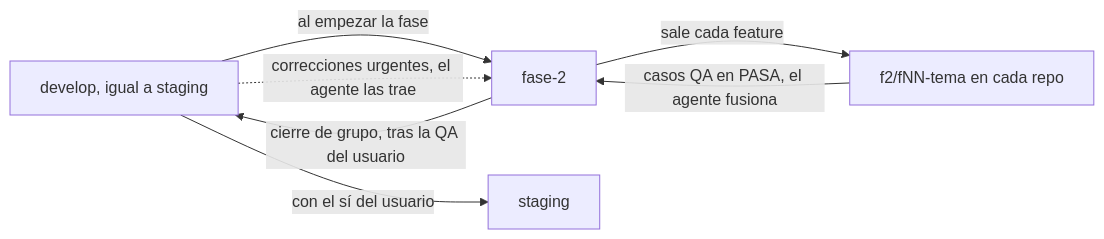
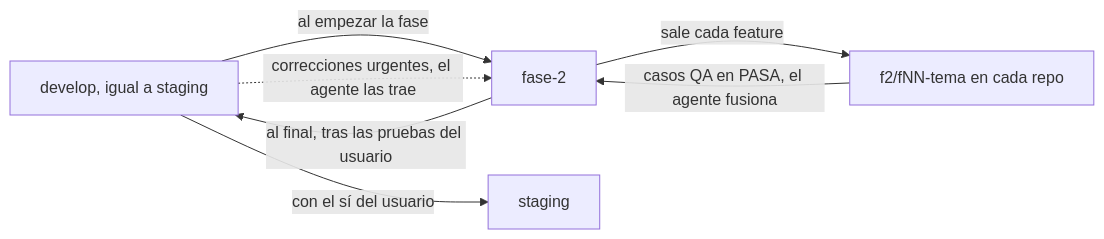
One commit to capb90/doc-wms changed the second of 2 diagrams in planes/sprint-11/plan-maestro-implementacion-fase-2-2026-11-20.md. Above: the diagram before and after it, drawn with Mermaid. The commit also changed other lines of this file and 4 other files, not shown here.

````diff
--- a/planes/sprint-11/plan-maestro-implementacion-fase-2-2026-11-20.md
+++ b/planes/sprint-11/plan-maestro-implementacion-fase-2-2026-11-20.md
@@ -364,9 +355,9 @@
 ```mermaid
 flowchart LR
   DEV["develop, igual a staging"] -->|"al empezar la fase"| F2["fase-2"]
   F2 -->|"sale cada feature"| FB["f2/fNN-tema en cada repo"]
   FB -->|"casos QA en PASA, el agente fusiona"| F2
   DEV -.->|"correcciones urgentes, el agente las trae"| F2
-  F2 -->|"cierre de grupo, tras la QA del usuario"| DEV
+  F2 -->|"al final, tras las pruebas del usuario"| DEV
   DEV -->|"con el sí del usuario"| STG["staging"]
 ```
````
